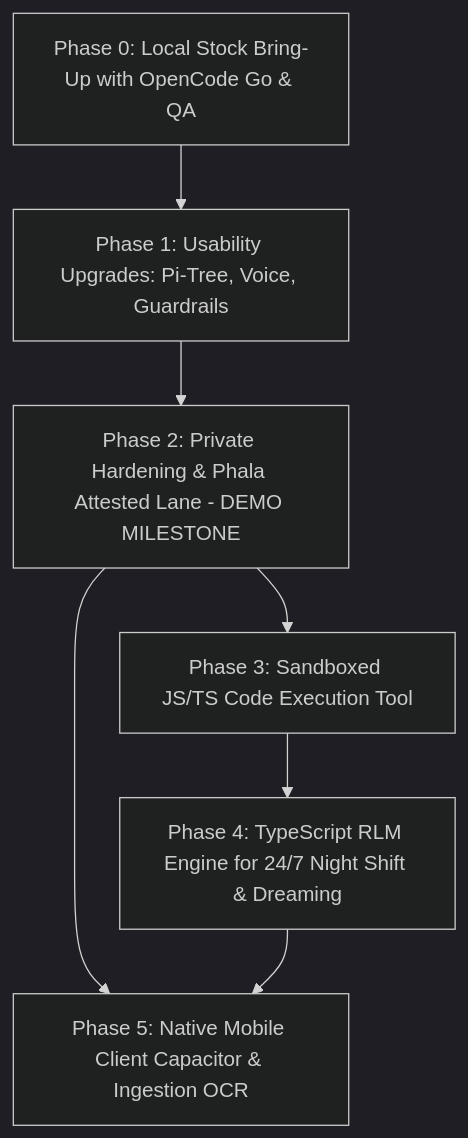
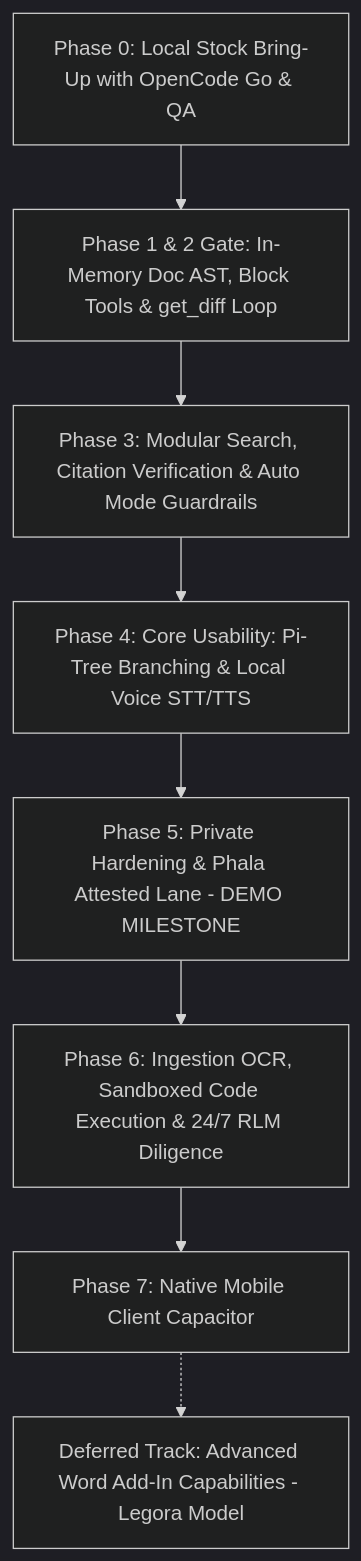
Before and after one commit to yusefmosiah/mike: the diagram in docs/private-deployment-scoping.md, drawn with Mermaid (dark theme). The commit also changed other lines of this file and 1 other file, not shown here.

Commit message:
docs(roadmap): update private deployment roadmap with auto mode and multi-agent consensus findings

````diff
--- a/docs/private-deployment-scoping.md
+++ b/docs/private-deployment-scoping.md
@@ -30,9 +85,10 @@
 ```mermaid
 graph TD
-    P0[Phase 0: Local Stock Bring-Up with OpenCode Go & QA] --> P1[Phase 1: Usability Upgrades: Pi-Tree, Voice, Guardrails]
-    P1 --> P2[Phase 2: Private Hardening & Phala Attested Lane - DEMO MILESTONE]
-    P2 --> P3[Phase 3: Sandboxed JS/TS Code Execution Tool]
-    P3 --> P4[Phase 4: TypeScript RLM Engine for 24/7 Night Shift & Dreaming]
-    P2 --> P5[Phase 5: Native Mobile Client Capacitor & Ingestion OCR]
-    P4 --> P5
+    P0[Phase 0: Local Stock Bring-Up with OpenCode Go & QA] --> P1[Phase 1 & 2 Gate: In-Memory Doc AST, Block Tools & get_diff Loop]
+    P1 --> P3[Phase 3: Modular Search, Citation Verification & Auto Mode Guardrails]
+    P3 --> P4[Phase 4: Core Usability: Pi-Tree Branching & Local Voice STT/TTS]
+    P4 --> P5[Phase 5: Private Hardening & Phala Attested Lane - DEMO MILESTONE]
+    P5 --> P6[Phase 6: Ingestion OCR, Sandboxed Code Execution & 24/7 RLM Diligence]
+    P6 --> P7[Phase 7: Native Mobile Client Capacitor]
+    P7 -.-> P8[Deferred Track: Advanced Word Add-In Capabilities - Legora Model]
 ```
````
